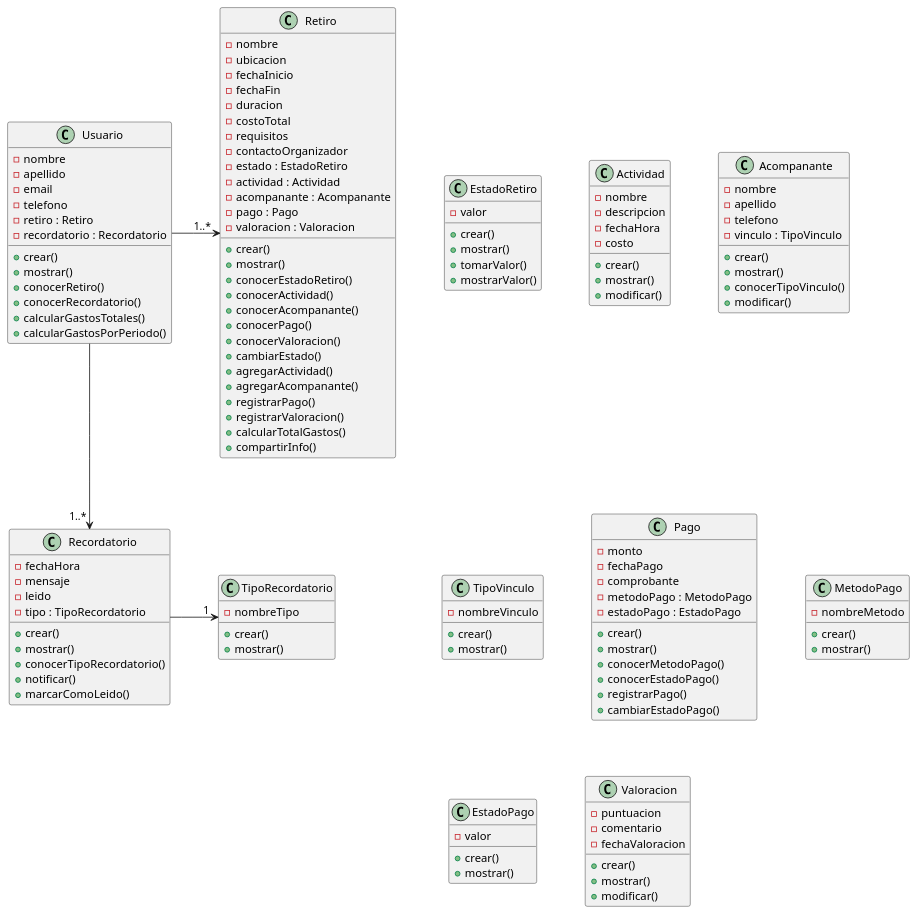
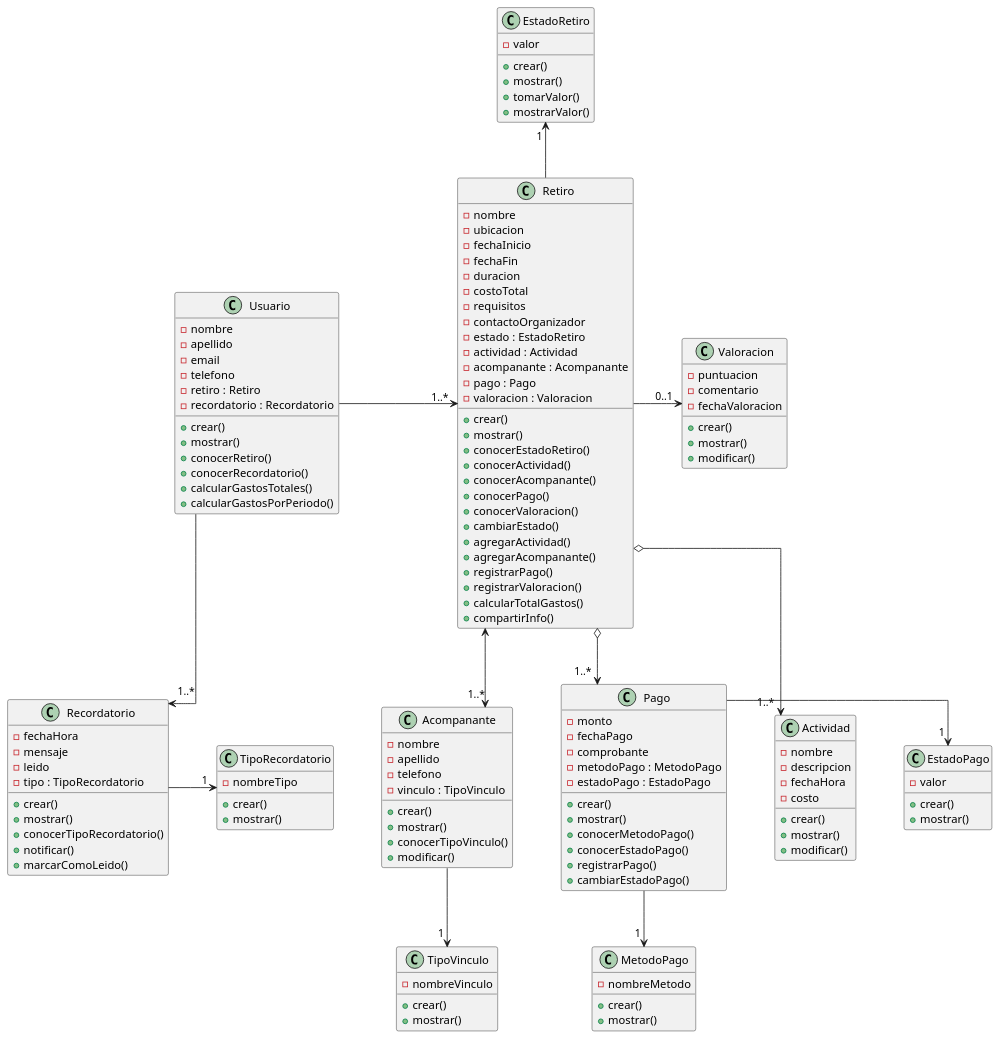
Before and after one commit to Luca-Tittarelli/tpi-asi: the diagram in retiro.puml, drawn with PlantUML.

Commit message:
Agregar relaciones de Retiro, Pago y cierre del diagrama

```diff
--- a/retiro.puml
+++ b/retiro.puml
@@ -1,144 +1,155 @@
 @startuml Retiros
 
 skinparam linetype ortho
 skinparam nodesep 60
 skinparam ranksep 70
 
 class Usuario {
   - nombre
   - apellido
   - email
   - telefono
   - retiro : Retiro
   - recordatorio : Recordatorio
   + crear()
   + mostrar()
   + conocerRetiro()
   + conocerRecordatorio()
   + calcularGastosTotales()
   + calcularGastosPorPeriodo()
 }
 
 class Retiro {
   - nombre
   - ubicacion
   - fechaInicio
   - fechaFin
   - duracion
   - costoTotal
   - requisitos
   - contactoOrganizador
   - estado : EstadoRetiro
   - actividad : Actividad
   - acompanante : Acompanante
   - pago : Pago
   - valoracion : Valoracion
   + crear()
   + mostrar()
   + conocerEstadoRetiro()
   + conocerActividad()
   + conocerAcompanante()
   + conocerPago()
   + conocerValoracion()
   + cambiarEstado()
   + agregarActividad()
   + agregarAcompanante()
   + registrarPago()
   + registrarValoracion()
   + calcularTotalGastos()
   + compartirInfo()
 }
 
 class EstadoRetiro {
   - valor
   + crear()
   + mostrar()
   + tomarValor()
   + mostrarValor()
 }
 
 class Actividad {
   - nombre
   - descripcion
   - fechaHora
   - costo
   + crear()
   + mostrar()
   + modificar()
 }
 
 class Acompanante {
   - nombre
   - apellido
   - telefono
   - vinculo : TipoVinculo
   + crear()
   + mostrar()
   + conocerTipoVinculo()
   + modificar()
 }
 class TipoVinculo {
   - nombreVinculo
   + crear()
   + mostrar()
 }
 
 class Pago {
   - monto
   - fechaPago
   - comprobante
   - metodoPago : MetodoPago
   - estadoPago : EstadoPago
   + crear()
   + mostrar()
   + conocerMetodoPago()
   + conocerEstadoPago()
   + registrarPago()
   + cambiarEstadoPago()
 }
 
 class MetodoPago {
   - nombreMetodo
   + crear()
   + mostrar()
 }
 
 class EstadoPago {
   - valor
   + crear()
   + mostrar()
 }
 
 class Valoracion {
   - puntuacion
   - comentario
   - fechaValoracion
   + crear()
   + mostrar()
   + modificar()
 }
 
 class Recordatorio {
   - fechaHora
   - mensaje
   - leido
   - tipo : TipoRecordatorio
   + crear()
   + mostrar()
   + conocerTipoRecordatorio()
   + notificar()
   + marcarComoLeido()
 }
 class TipoRecordatorio {
   - nombreTipo
   + crear()
   + mostrar()
 }
 
 ' Relaciones desde Usuario
 Usuario -right-> " 1..* " Retiro
 Usuario -down-> " 1..* " Recordatorio
 
 ' Relacion de Recordatorio
 Recordatorio -right-> " 1 " TipoRecordatorio
+Retiro -up-> " 1 " EstadoRetiro
+Retiro -right-> " 0..1 " Valoracion
+Retiro <--> " 1..* " Acompanante
+Acompanante -down-> " 1 " TipoVinculo
+
+Retiro o-down-> " 1..* " Actividad
+Retiro o-down-> " 1..* " Pago
+
+' Relaciones de Pago
+Pago -down-> " 1 " MetodoPago
+Pago -right-> " 1 " EstadoPago
 @enduml
```
